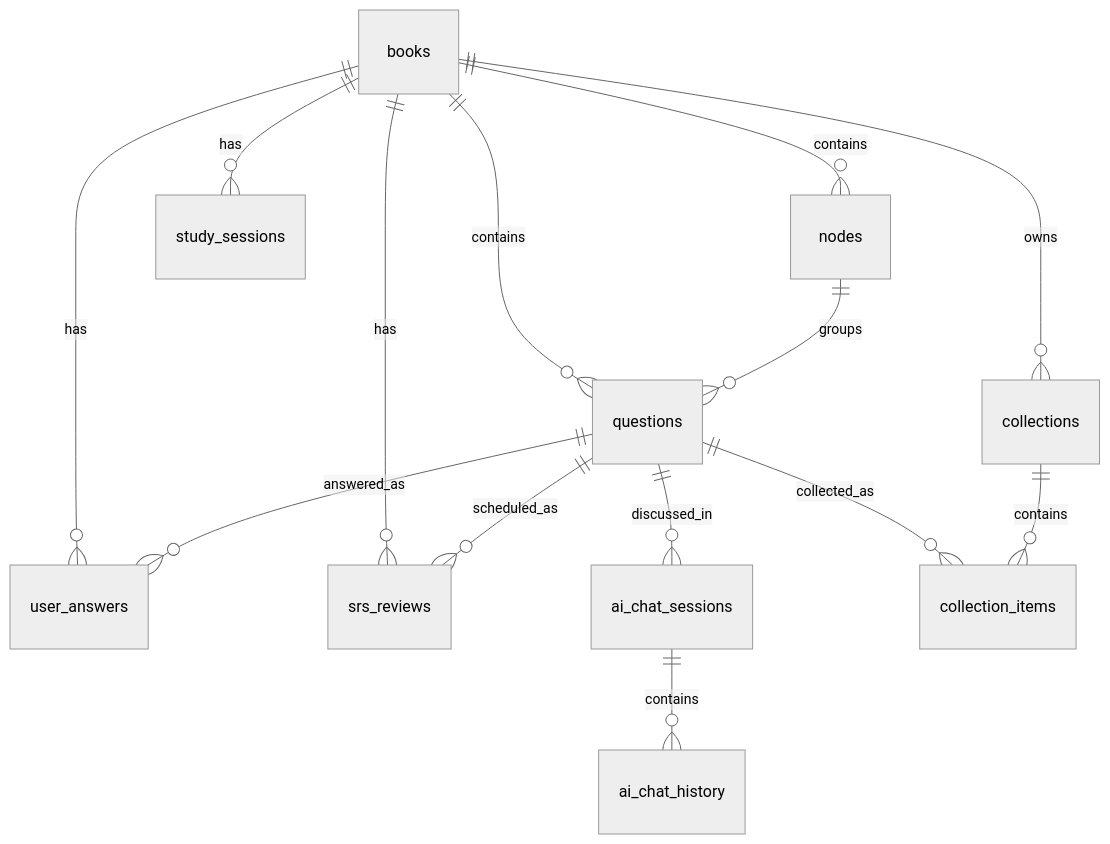
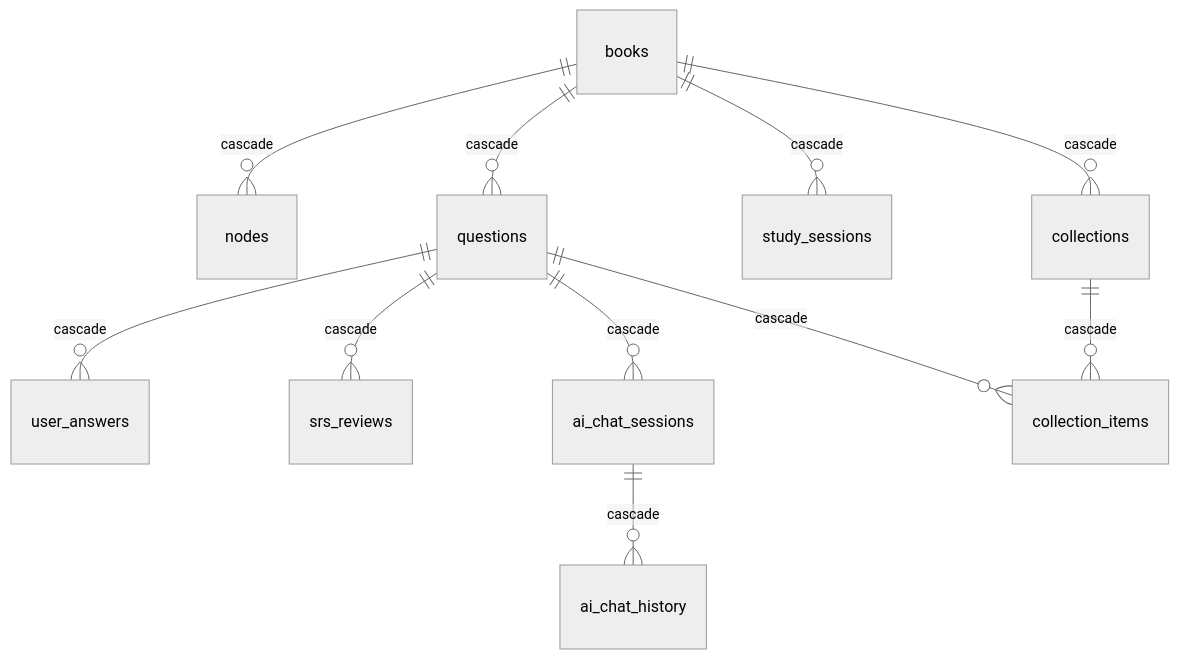
One commit to ming2k/mnemora changed the second of 3 diagrams in docs/explanation/database-design.md. Above: the diagram before and after it, drawn with Mermaid (neutral theme). The commit also changed other lines of this file and 51 other files, not shown here.

````diff
--- a/docs/explanation/database-design.md
+++ b/docs/explanation/database-design.md
@@ -33,16 +416,13 @@
 ```mermaid
 erDiagram
-    books ||--o{ nodes : contains
-    books ||--o{ questions : contains
-    books ||--o{ user_answers : has
-    books ||--o{ srs_reviews : has
-    books ||--o{ study_sessions : has
-    books ||--o{ collections : owns
-    nodes ||--o{ questions : groups
-    questions ||--o{ user_answers : answered_as
-    questions ||--o{ srs_reviews : scheduled_as
-    questions ||--o{ ai_chat_sessions : discussed_in
-    questions ||--o{ collection_items : collected_as
-    ai_chat_sessions ||--o{ ai_chat_history : contains
-    collections ||--o{ collection_items : contains
+    books ||--o{ nodes : "cascade"
+    books ||--o{ questions : "cascade"
+    books ||--o{ study_sessions : "cascade"
+    books ||--o{ collections : "cascade"
+    questions ||--o{ user_answers : "cascade"
+    questions ||--o{ srs_reviews : "cascade"
+    questions ||--o{ ai_chat_sessions : "cascade"
+    questions ||--o{ collection_items : "cascade"
+    ai_chat_sessions ||--o{ ai_chat_history : "cascade"
+    collections ||--o{ collection_items : "cascade"
 ```
````
